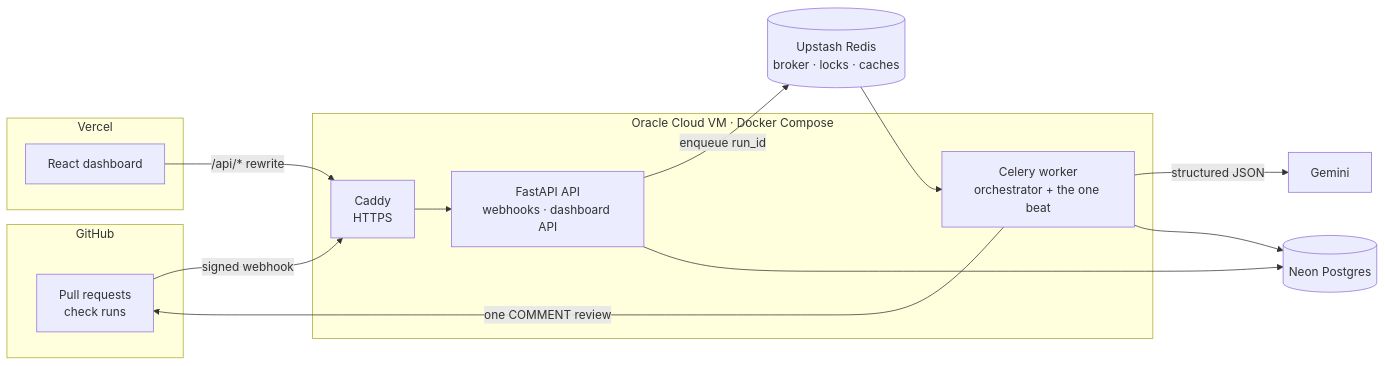
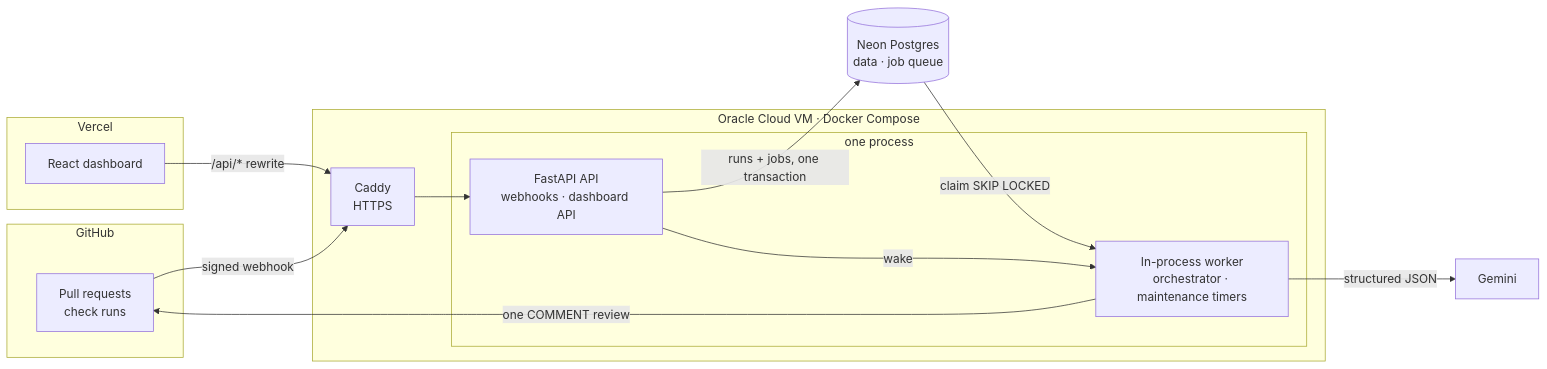
Before and after one commit to Ommadure/ai-pr-reviewer: the first of 2 diagrams in README.md, drawn with Mermaid. The commit also changed other lines of this file and 61 other files, not shown here.

First line of the commit message:
Replace Celery + Redis with a Postgres job queue and an in-process worker

````diff
--- a/README.md
+++ b/README.md
@@ -43,23 +43,24 @@
 ```mermaid
 flowchart LR
     subgraph GitHub
         GH[Pull requests<br/>check runs]
     end
     subgraph Vercel
         UI[React dashboard]
     end
     subgraph VM[Oracle Cloud VM · Docker Compose]
         C[Caddy<br/>HTTPS]
-        API[FastAPI API<br/>webhooks · dashboard API]
-        W[Celery worker<br/>orchestrator + the one beat]
+        subgraph P[one process]
+            API[FastAPI API<br/>webhooks · dashboard API]
+            W[In-process worker<br/>orchestrator · maintenance timers]
+        end
         C --> API
     end
     GH -- signed webhook --> C
     UI -- /api/* rewrite --> C
-    API -- enqueue run_id --> R[(Upstash Redis<br/>broker · locks · caches)]
-    R --> W
+    API -- runs + jobs, one transaction --> PG[(Neon Postgres<br/>data · job queue)]
+    API -- wake --> W
+    PG -- claim SKIP LOCKED --> W
     W -- one COMMENT review --> GH
     W -- structured JSON --> LLM[Gemini]
-    API --> PG[(Neon Postgres)]
-    W --> PG
 ```
````
